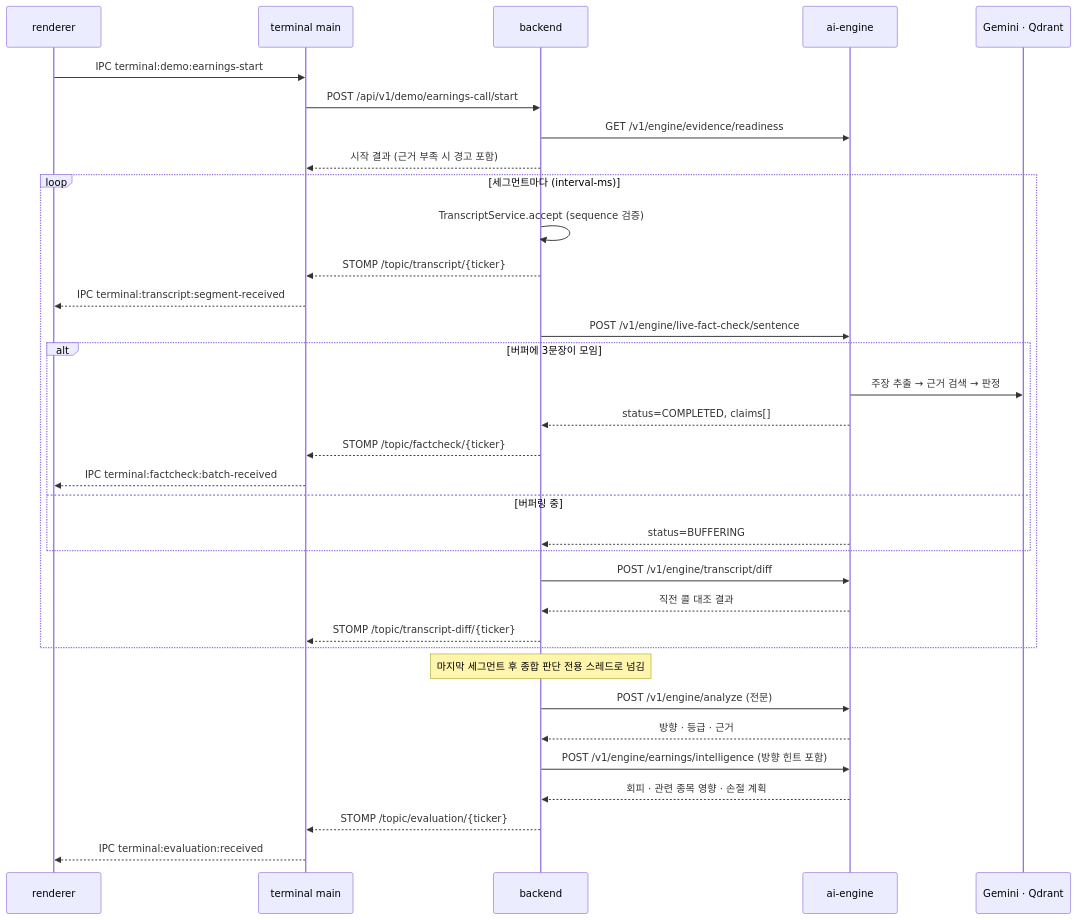
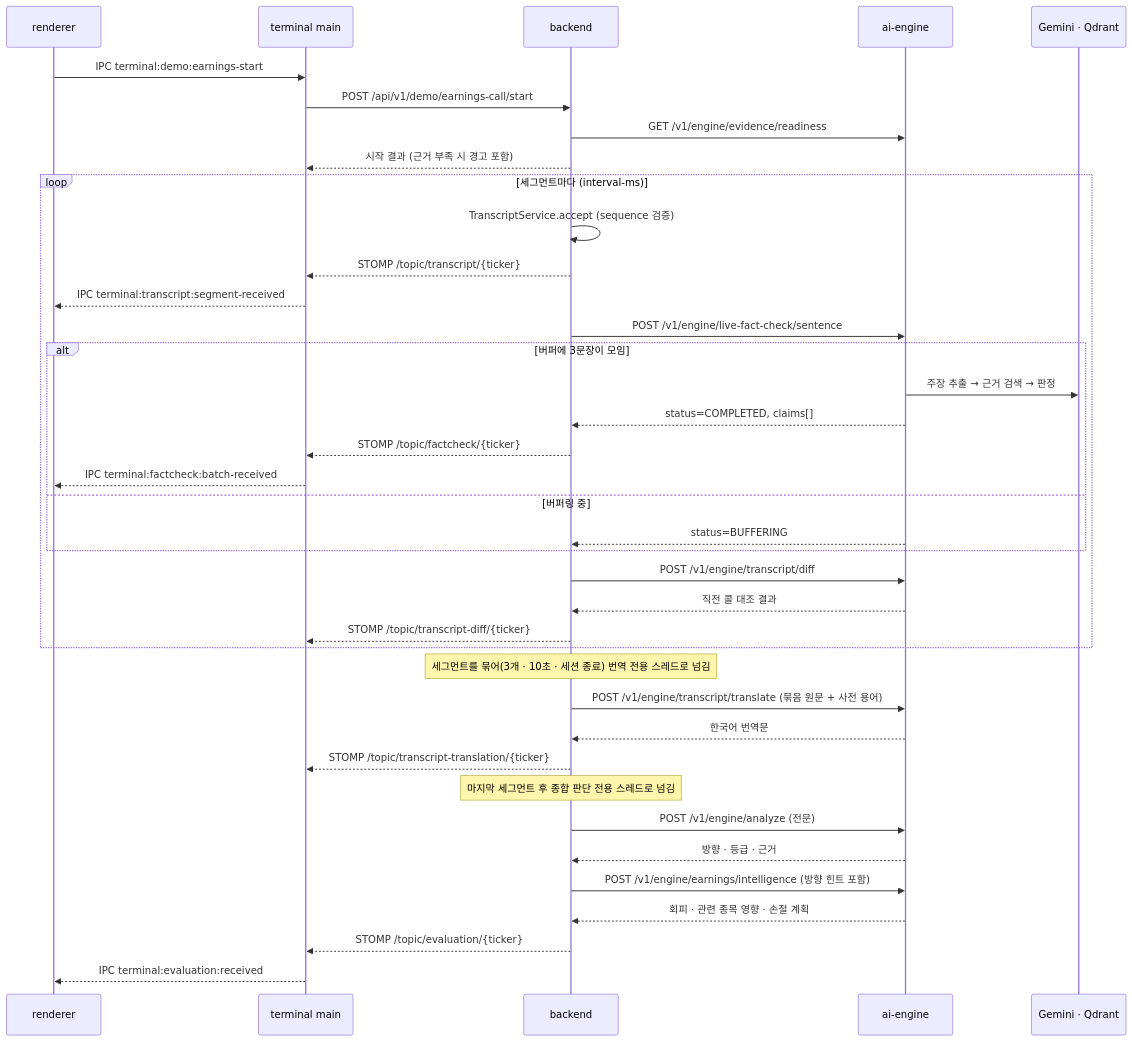
One commit to keonha123/Earning-Whisperer changed the second of 4 diagrams in docs/developer/architecture.md. Above: the diagram before and after it, drawn with Mermaid. The commit also changed other lines of this file and 15 other files, not shown here.

````diff
--- a/docs/developer/architecture.md
+++ b/docs/developer/architecture.md
@@ -173,37 +173,41 @@
 ```mermaid
 sequenceDiagram
     participant R as renderer
     participant M as terminal main
     participant B as backend
     participant A as ai-engine
     participant G as Gemini · Qdrant
 
     R->>M: IPC terminal:demo:earnings-start
     M->>B: POST /api/v1/demo/earnings-call/start
     B->>A: GET /v1/engine/evidence/readiness
     B-->>M: 시작 결과 (근거 부족 시 경고 포함)
     loop 세그먼트마다 (interval-ms)
         B->>B: TranscriptService.accept (sequence 검증)
         B-->>M: STOMP /topic/transcript/{ticker}
         M-->>R: IPC terminal:transcript:segment-received
         B->>A: POST /v1/engine/live-fact-check/sentence
         alt 버퍼에 3문장이 모임
             A->>G: 주장 추출 → 근거 검색 → 판정
             A-->>B: status=COMPLETED, claims[]
             B-->>M: STOMP /topic/factcheck/{ticker}
             M-->>R: IPC terminal:factcheck:batch-received
         else 버퍼링 중
             A-->>B: status=BUFFERING
         end
         B->>A: POST /v1/engine/transcript/diff
         A-->>B: 직전 콜 대조 결과
         B-->>M: STOMP /topic/transcript-diff/{ticker}
     end
+    Note over B: 세그먼트를 묶어(3개 · 10초 · 세션 종료) 번역 전용 스레드로 넘김
+    B->>A: POST /v1/engine/transcript/translate (묶음 원문 + 사전 용어)
+    A-->>B: 한국어 번역문
+    B-->>M: STOMP /topic/transcript-translation/{ticker}
     Note over B: 마지막 세그먼트 후 종합 판단 전용 스레드로 넘김
     B->>A: POST /v1/engine/analyze (전문)
     A-->>B: 방향 · 등급 · 근거
     B->>A: POST /v1/engine/earnings/intelligence (방향 힌트 포함)
     A-->>B: 회피 · 관련 종목 영향 · 손절 계획
     B-->>M: STOMP /topic/evaluation/{ticker}
     M-->>R: IPC terminal:evaluation:received
 ```
````
